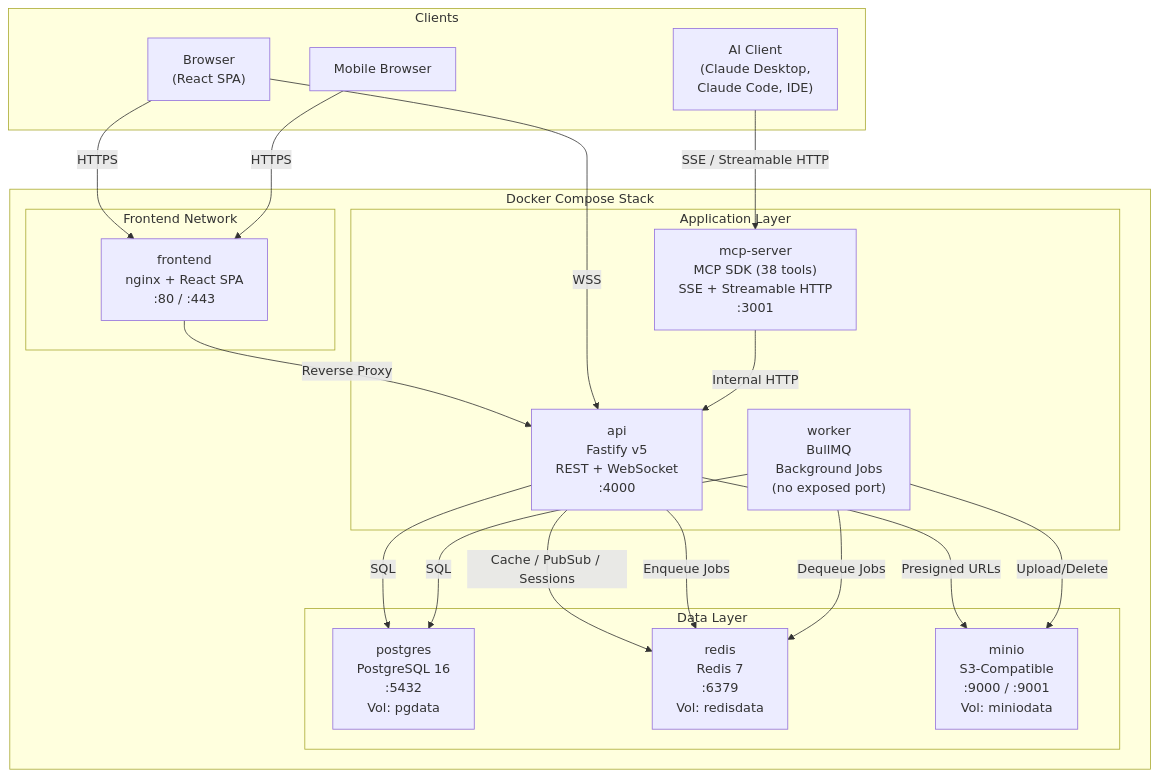
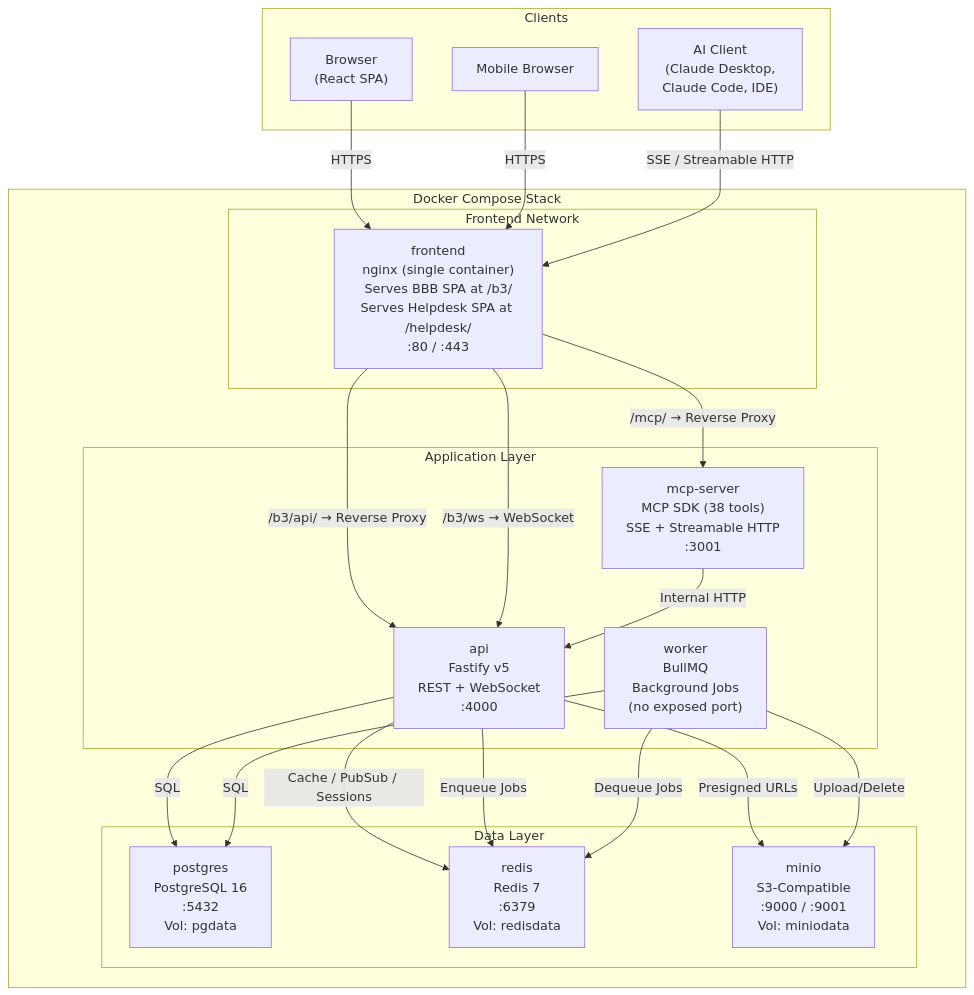
Before and after one commit to leith-bartrich/BigBlueBam: the first of 9 diagrams in docs/architecture.md, drawn with Mermaid. The commit also changed other lines of this file and 7 other files, not shown here.

Commit message:
Update all documentation for single-port /b3 + /helpdesk routing

````diff
--- a/docs/architecture.md
+++ b/docs/architecture.md
@@ -9,42 +9,43 @@
 ```mermaid
 graph TB
     subgraph Clients
         Browser["Browser<br/>(React SPA)"]
         MobileWeb["Mobile Browser"]
         AIClient["AI Client<br/>(Claude Desktop,<br/>Claude Code, IDE)"]
     end
 
     subgraph "Docker Compose Stack"
         subgraph "Frontend Network"
-            Nginx["frontend<br/>nginx + React SPA<br/>:80 / :443"]
+            Nginx["frontend<br/>nginx (single container)<br/>Serves BBB SPA at /b3/<br/>Serves Helpdesk SPA at /helpdesk/<br/>:80 / :443"]
         end
 
         subgraph "Application Layer"
             API["api<br/>Fastify v5<br/>REST + WebSocket<br/>:4000"]
             MCP["mcp-server<br/>MCP SDK (38 tools)<br/>SSE + Streamable HTTP<br/>:3001"]
             Worker["worker<br/>BullMQ<br/>Background Jobs<br/>(no exposed port)"]
         end
 
         subgraph "Data Layer"
             PG["postgres<br/>PostgreSQL 16<br/>:5432<br/>Vol: pgdata"]
             Redis["redis<br/>Redis 7<br/>:6379<br/>Vol: redisdata"]
             MinIO["minio<br/>S3-Compatible<br/>:9000 / :9001<br/>Vol: miniodata"]
         end
     end
 
     Browser -->|"HTTPS"| Nginx
     MobileWeb -->|"HTTPS"| Nginx
-    Nginx -->|"Reverse Proxy"| API
-    Browser -->|"WSS"| API
-    AIClient -->|"SSE / Streamable HTTP"| MCP
+    Nginx -->|"/b3/api/ → Reverse Proxy"| API
+    Nginx -->|"/b3/ws → WebSocket"| API
+    Nginx -->|"/mcp/ → Reverse Proxy"| MCP
+    AIClient -->|"SSE / Streamable HTTP"| Nginx
 
     MCP -->|"Internal HTTP"| API
     API -->|"SQL"| PG
     API -->|"Cache / PubSub / Sessions"| Redis
     API -->|"Presigned URLs"| MinIO
     API -->|"Enqueue Jobs"| Redis
 
     Worker -->|"SQL"| PG
     Worker -->|"Dequeue Jobs"| Redis
     Worker -->|"Upload/Delete"| MinIO
 ```
````
